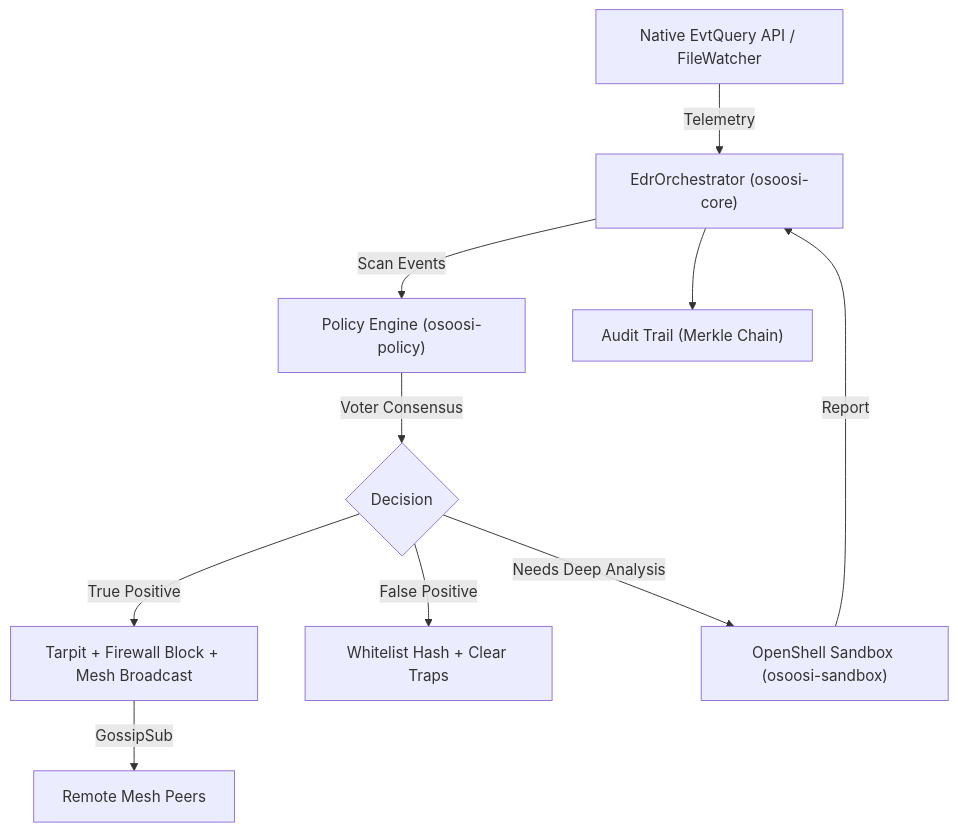
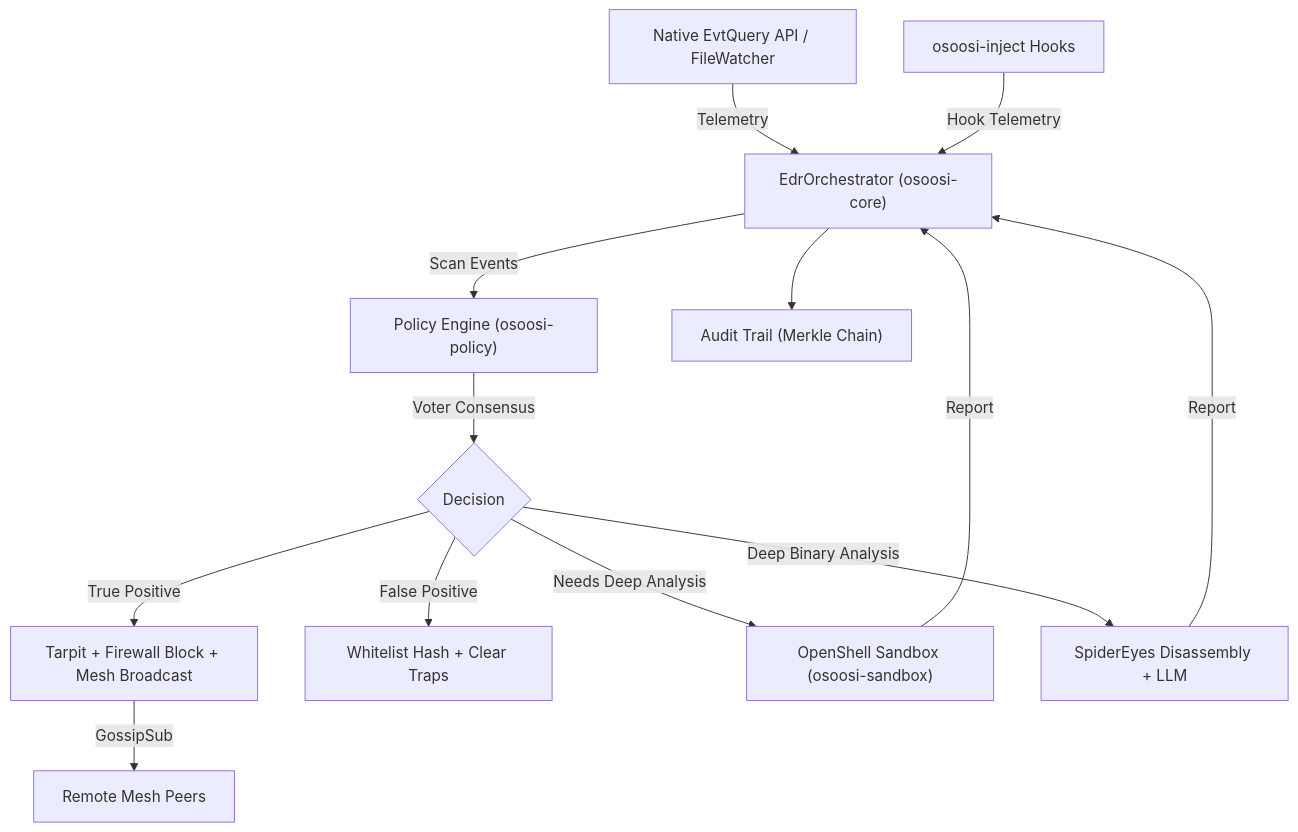
Before and after one commit to oyesanyf/OshoosiClaw: the seventh of 8 diagrams in docs/architecture_and_innovation.md, drawn with Mermaid. The commit also changed other lines of this file and 1 other file, not shown here.

Commit message:
feat(spider): Rewrite SpiderEyes with cross-platform memory reader, expanded heuristics, and updated architecture docs

````diff
--- a/docs/architecture_and_innovation.md
+++ b/docs/architecture_and_innovation.md
@@ -141,12 +198,15 @@
 ```mermaid
 graph TD
     SYS["Native EvtQuery API / FileWatcher"] -->|Telemetry| ORCH["EdrOrchestrator (osoosi-core)"]
+    INJ["osoosi-inject Hooks"] -->|Hook Telemetry| ORCH
     ORCH -->|Scan Events| POL["Policy Engine (osoosi-policy)"]
     POL -->|Voter Consensus| DEC{"Decision"}
     DEC -->|True Positive| TP["Tarpit + Firewall Block + Mesh Broadcast"]
     DEC -->|False Positive| FP["Whitelist Hash + Clear Traps"]
     DEC -->|Needs Deep Analysis| SBX["OpenShell Sandbox (osoosi-sandbox)"]
+    DEC -->|Deep Binary Analysis| SPIDER["SpiderEyes Disassembly + LLM"]
     SBX -->|Report| ORCH
+    SPIDER -->|Report| ORCH
     TP -->|GossipSub| PEERS["Remote Mesh Peers"]
     ORCH --> AUD["Audit Trail (Merkle Chain)"]
 ```
````
